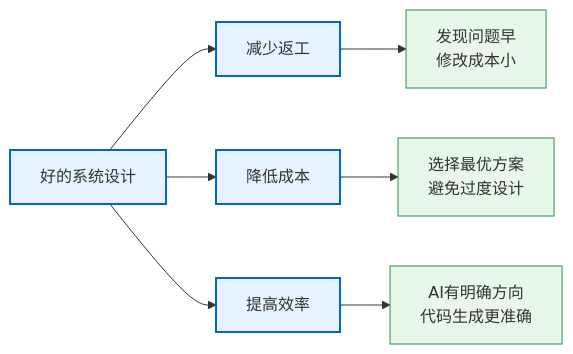
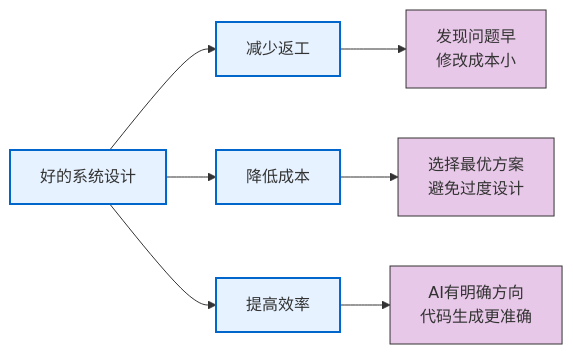
One commit to microwind/algorithms changed the first of 10 diagrams in start-here/AI-Era-Programmers-as-System-Design-Engineers.md. Above: the diagram before and after it, drawn with Mermaid. The commit also changed other lines of this file and 4 other files, not shown here.

````diff
--- a/start-here/AI-Era-Programmers-as-System-Design-Engineers.md
+++ b/start-here/AI-Era-Programmers-as-System-Design-Engineers.md
@@ -62,17 +68,17 @@
 ```mermaid
 flowchart LR
     A[好的系统设计] --> B[减少返工]
     A --> C[降低成本]
     A --> D[提高效率]
 
     B --> B1["发现问题早<br/>修改成本小"]
     C --> C1["选择最优方案<br/>避免过度设计"]
     D --> D1["AI有明确方向<br/>代码生成更准确"]
 
     %% 颜色定义
-    classDef value fill:#E6F2FF,stroke:#0066CC,stroke-width:2px;
-    classDef benefit fill:#E8F8E8,stroke:#2E8B57,stroke-width:1px;
+    classDef value fill:#E6F2ff,stroke:#0066CC,stroke-width:2px;
+    classDef benefit fill:#E8c8E8,stroke:#333,stroke-width:1px;
 
     class A,B,C,D value;
     class B1,C1,D1 benefit;
 ```
````
